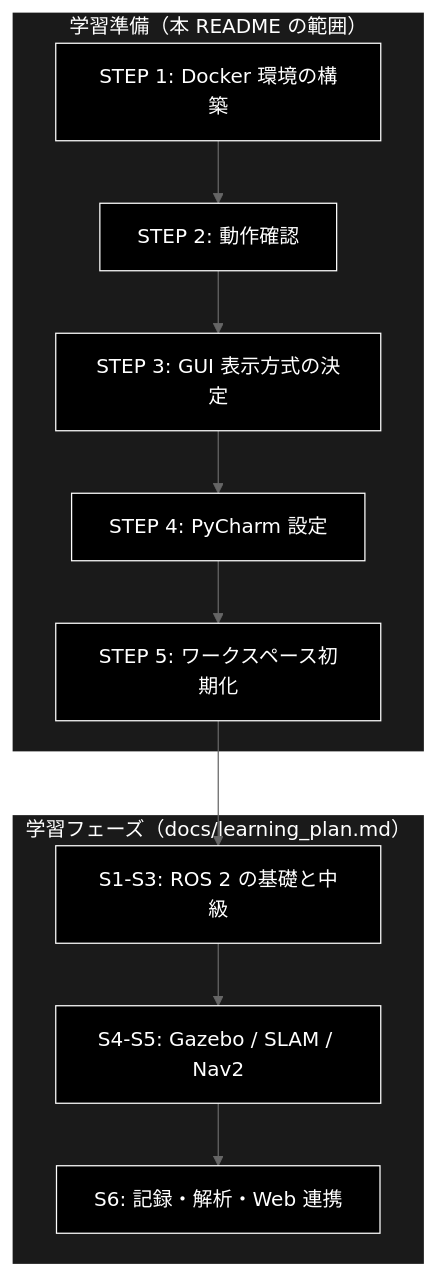
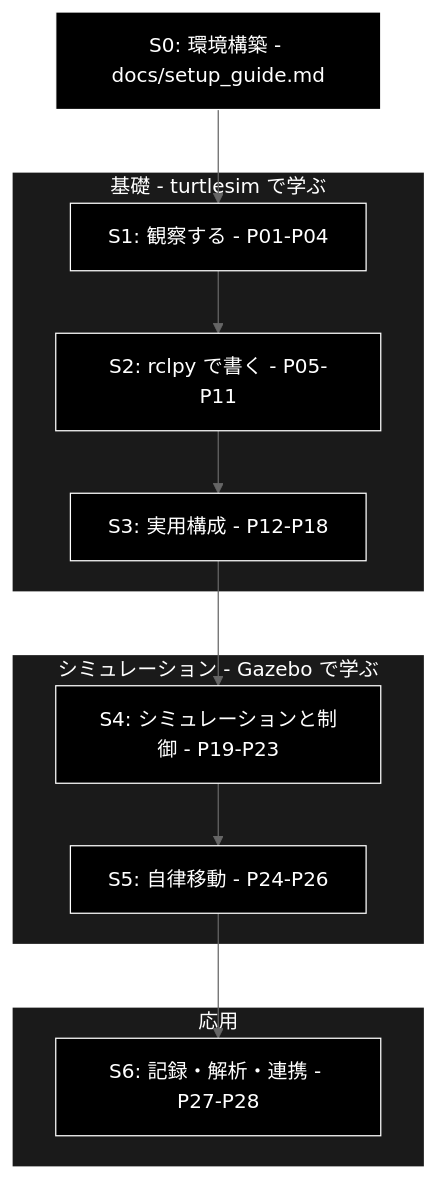
The second of 4 diagrams in README.md (nakashima2toshio/sim_ros2_v1), drawn with Mermaid (neutral theme) before and after one commit. The commit also changed other lines of this file and 8 other files, not shown here.

````diff
--- a/README.md
+++ b/README.md
@@ -174,21 +155,23 @@
 ```mermaid
 flowchart TB
-    subgraph Prep["学習準備（本 README の範囲）"]
-        S1["STEP 1: Docker 環境の構築"]
-        S2["STEP 2: 動作確認"]
-        S3["STEP 3: GUI 表示方式の決定"]
-        S4["STEP 4: PyCharm 設定"]
-        S5["STEP 5: ワークスペース初期化"]
+    S0["S0: 環境構築 - docs/setup_guide.md"]
+    subgraph Base["基礎 - turtlesim で学ぶ"]
+        S1["S1: 観察する - P01-P04"]
+        S2["S2: rclpy で書く - P05-P11"]
+        S3["S3: 実用構成 - P12-P18"]
     end
-    subgraph Learn["学習フェーズ（docs/learning_plan.md）"]
-        L1["S1-S3: ROS 2 の基礎と中級"]
-        L2["S4-S5: Gazebo / SLAM / Nav2"]
-        L3["S6: 記録・解析・Web 連携"]
+    subgraph Sim["シミュレーション - Gazebo で学ぶ"]
+        S4["S4: シミュレーションと制御 - P19-P23"]
+        S5["S5: 自律移動 - P24-P26"]
     end
-    S1 --> S2 --> S3 --> S4 --> S5 --> L1 --> L2 --> L3
+    subgraph App["応用"]
+        S6["S6: 記録・解析・連携 - P27-P28"]
+    end
+    S0 --> S1 --> S2 --> S3 --> S4 --> S5 --> S6
 classDef default fill:#000,stroke:#fff,color:#fff
 classDef subgraphStyle fill:#1a1a1a,stroke:#fff,color:#fff
-class S1,S2,S3,S4,S5,L1,L2,L3 default
-style Prep fill:#1a1a1a,stroke:#fff,color:#fff
-style Learn fill:#1a1a1a,stroke:#fff,color:#fff
+class S0,S1,S2,S3,S4,S5,S6 default
+style Base fill:#1a1a1a,stroke:#fff,color:#fff
+style Sim fill:#1a1a1a,stroke:#fff,color:#fff
+style App fill:#1a1a1a,stroke:#fff,color:#fff
 ```
````
